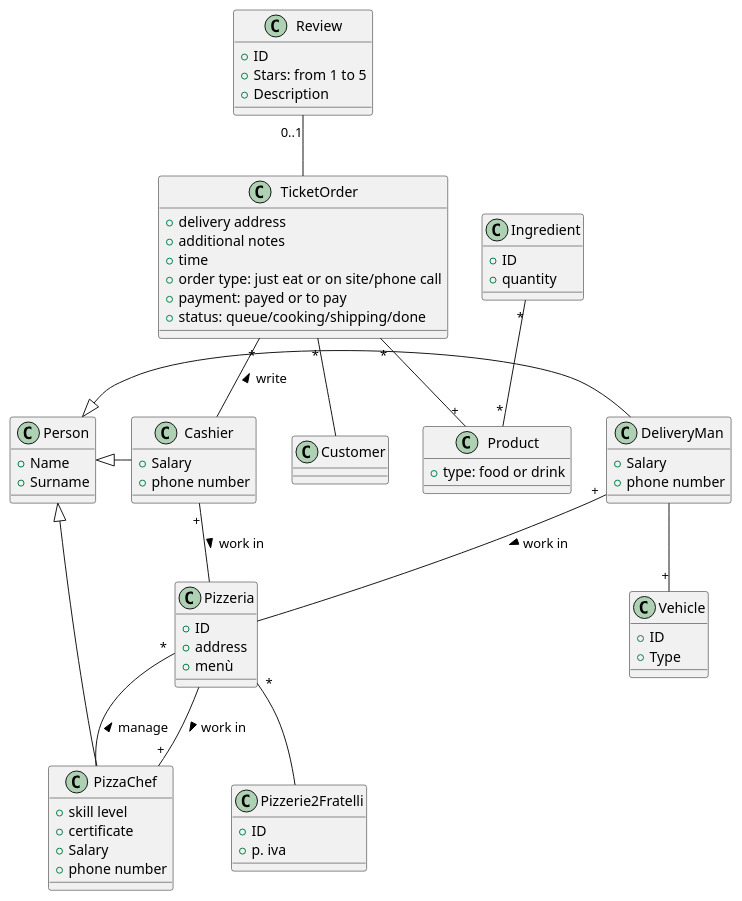
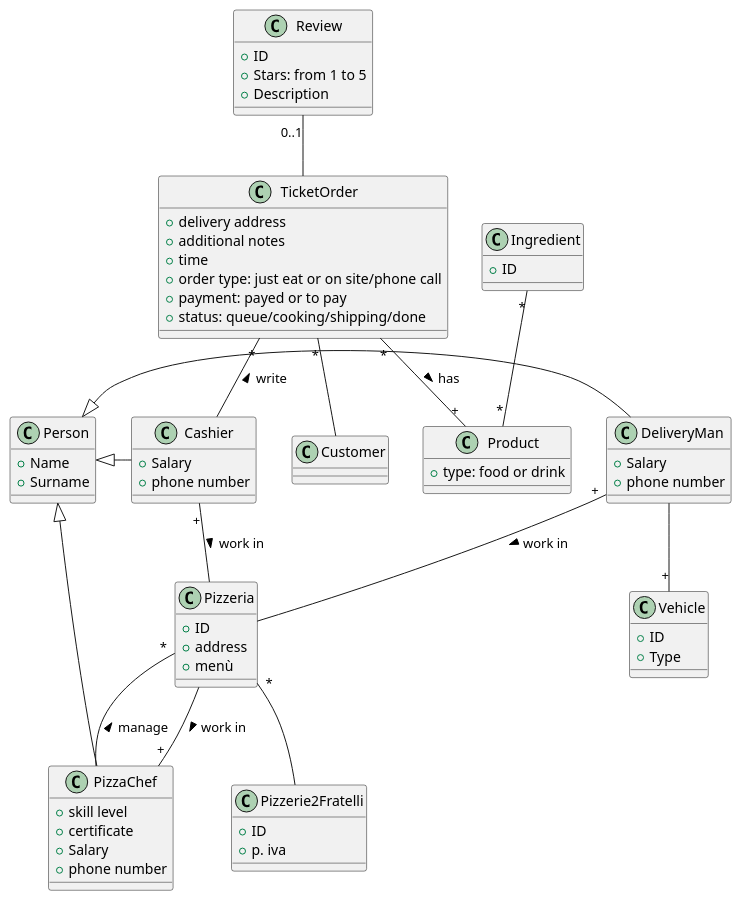
Before and after one commit to MattiaRiola/is-pizzeria-project: the second of 3 diagrams in ReportAsIs.md, drawn with PlantUML. The commit also changed 1 other file, not shown here.

Commit message:
docs: uml fix asis and add in tobe

```diff
--- a/ReportAsIs.md
+++ b/ReportAsIs.md
@@ -221,7 +221,6 @@
 
 class Ingredient {
   + ID
-  + quantity
 }
 
 class Review {
@@ -234,14 +233,14 @@
 Person <|- PizzaChef
 Person <|- Cashier
 Person <|- DeliveryMan 
-DeliveryMan "+" -- Pizzeria : "work in >"
-Cashier "+" -- Pizzeria : "work in >"
+DeliveryMan "+" -- Pizzeria : work in >
+Cashier "+" -- Pizzeria : work in >
 DeliveryMan -- "+" Vehicle
-Pizzeria -- "+" PizzaChef : "work in >"
-Pizzeria "*" -- PizzaChef : "< manage"
-TicketOrder "*" -- Cashier : "< write"
+Pizzeria -- "+" PizzaChef : work in >
+Pizzeria "*" -- PizzaChef : < manage
+TicketOrder "*" -- Cashier : < write
 TicketOrder "*" -- Customer
-TicketOrder "*" -- "+" Product 
+TicketOrder "*" -- "+" Product : > has
 Ingredient "*" -- "*" Product
 Review "0..1" -- TicketOrder 
 
```
